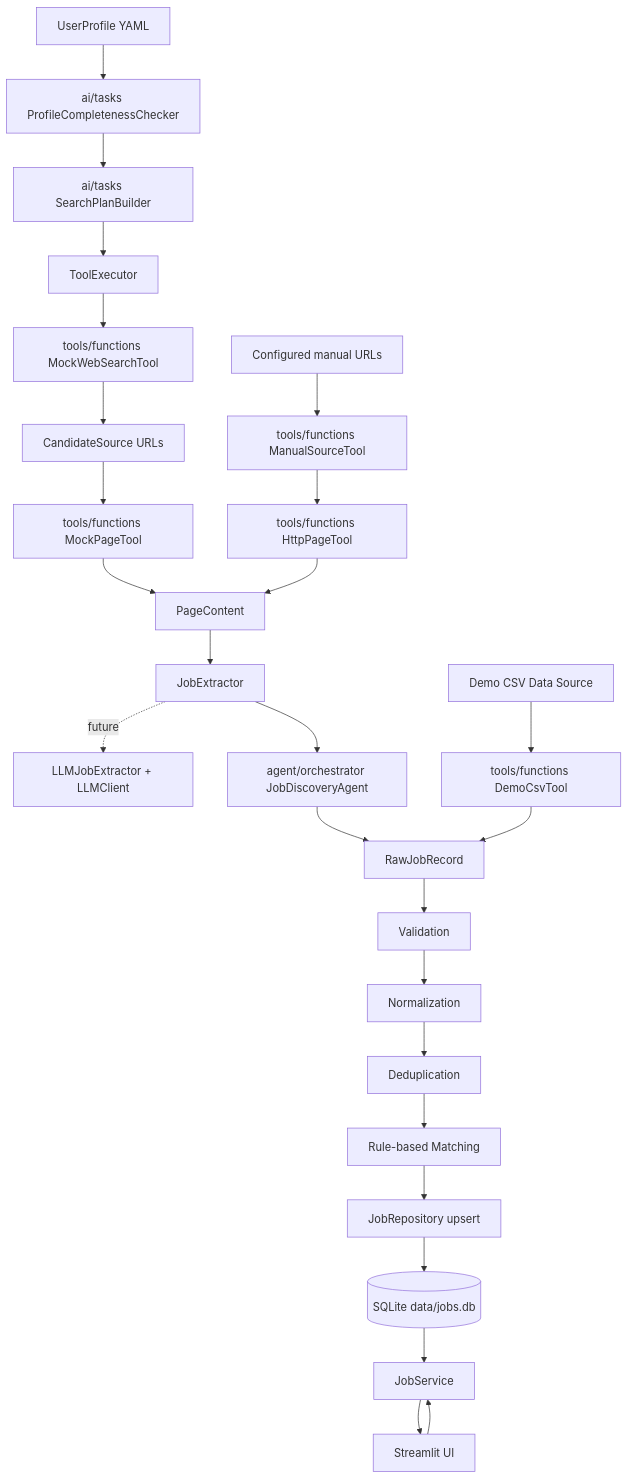
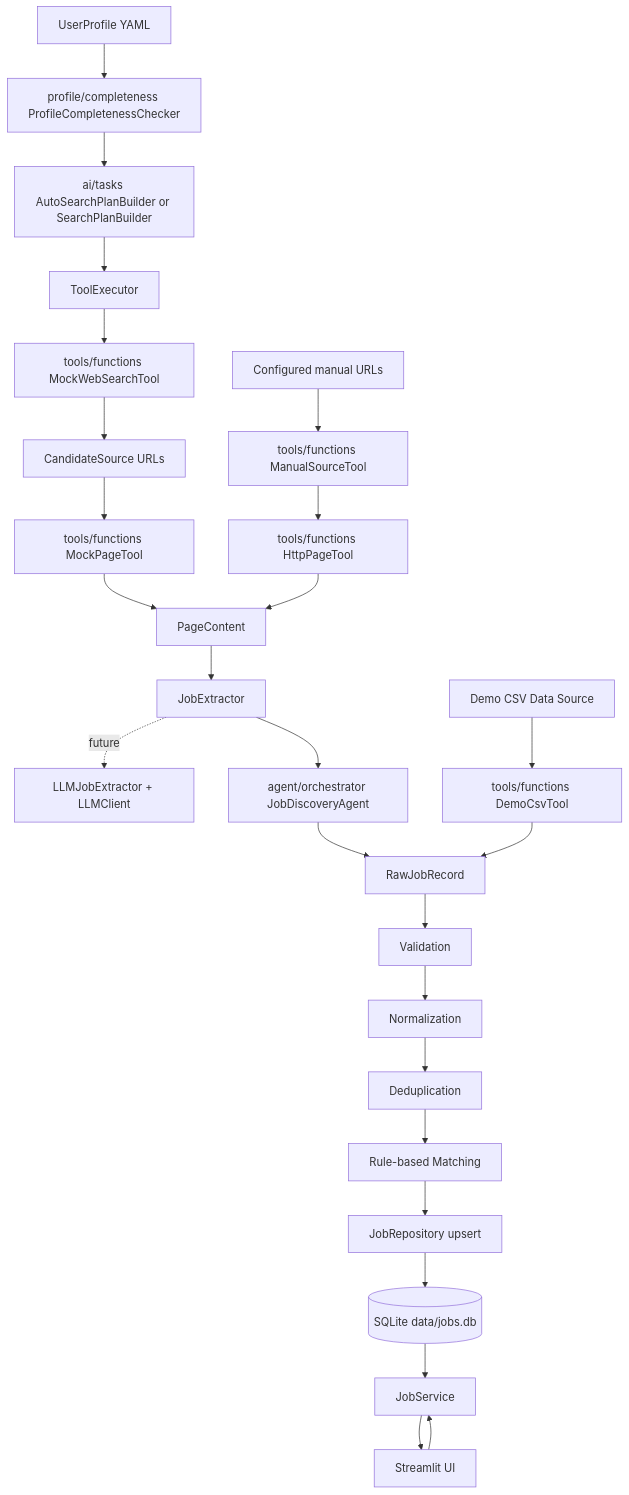
One commit to fyinran-netizen/job_search_radar changed the diagram in docs/architecture.md. Above: the diagram before and after it, drawn with Mermaid. The commit also changed other lines of this file and 33 other files, not shown here.

````diff
--- a/docs/architecture.md
+++ b/docs/architecture.md
@@ -18,28 +18,28 @@
 ```mermaid
 flowchart TD
-    Profile[UserProfile YAML] --> Check[ai/tasks ProfileCompletenessChecker]
-    Check --> Plan[ai/tasks SearchPlanBuilder]
+    Profile[UserProfile YAML] --> Check[profile/completeness ProfileCompletenessChecker]
+    Check --> Plan[ai/tasks AutoSearchPlanBuilder or SearchPlanBuilder]
     Plan --> Executor[ToolExecutor]
     Executor --> Search[tools/functions MockWebSearchTool]
     Search --> Sources[CandidateSource URLs]
     Sources --> PageTool[tools/functions MockPageTool]
     ManualSources[Configured manual URLs] --> ManualTool[tools/functions ManualSourceTool]
     ManualTool --> HttpPageTool[tools/functions HttpPageTool]
     HttpPageTool --> Pages
     PageTool --> Pages[PageContent]
     Pages --> Extract[JobExtractor]
     Extract -. future .-> LLMExtract[LLMJobExtractor + LLMClient]
     Extract --> Agent[agent/orchestrator JobDiscoveryAgent]
     CSV[Demo CSV Data Source] --> DemoTool[tools/functions DemoCsvTool]
     DemoTool --> Raw[RawJobRecord]
     Agent --> Raw
     Raw --> Validation[Validation]
     Validation --> Normalization[Normalization]
     Normalization --> Deduplication[Deduplication]
     Deduplication --> Matching[Rule-based Matching]
     Matching --> Repository[JobRepository upsert]
     Repository --> SQLite[(SQLite data/jobs.db)]
     SQLite --> JobService[JobService]
     JobService --> Streamlit[Streamlit UI]
     Streamlit --> JobService
 ```
````
